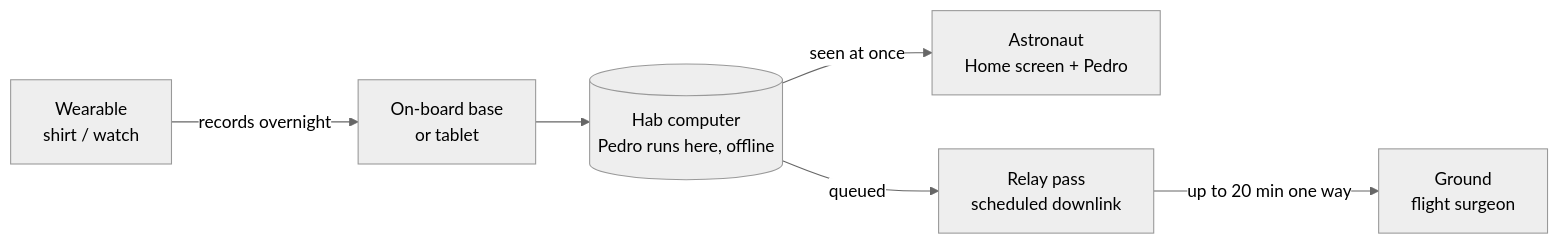
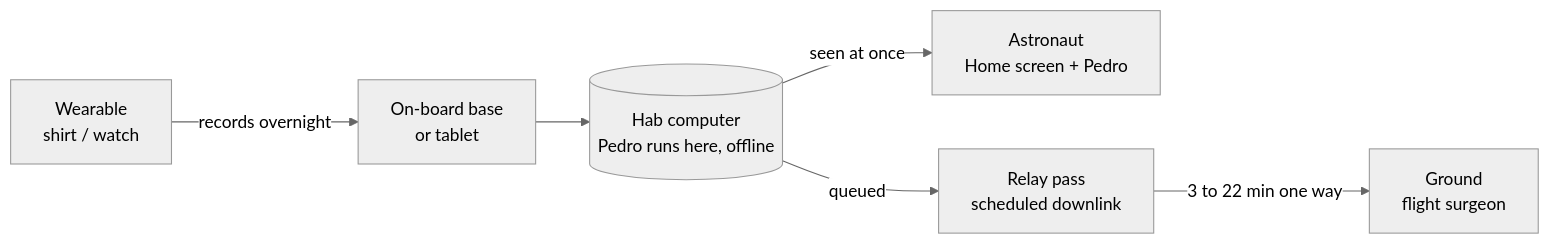
Before and after one commit to egoistlabs/openhealth: the first of 13 diagrams in docs/product/features-wearable-body-ground.md, drawn with Mermaid (neutral theme). The commit also changed other lines of this file and 5 other files, not shown here.

````diff
--- a/docs/product/features-wearable-body-ground.md
+++ b/docs/product/features-wearable-body-ground.md
@@ -66,8 +77,8 @@
 ```mermaid
 flowchart LR
   A[Wearable<br/>shirt / watch] -->|records overnight| B[On-board base<br/>or tablet]
   B --> C[(Hab computer<br/>Pedro runs here, offline)]
   C -->|seen at once| D[Astronaut<br/>Home screen + Pedro]
   C -->|queued| E[Relay pass<br/>scheduled downlink]
-  E -->|up to 20 min one way| F[Ground<br/>flight surgeon]
+  E -->|3 to 22 min one way| F[Ground<br/>flight surgeon]
 ```
````
